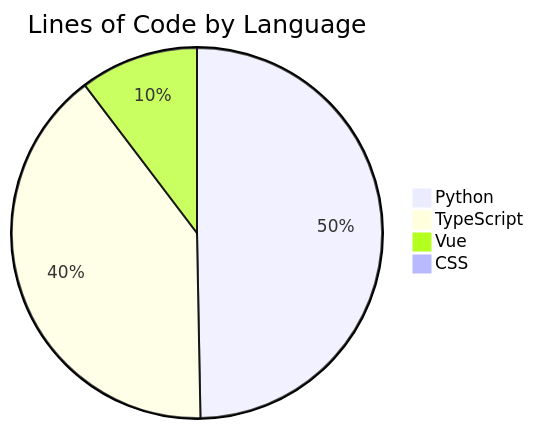
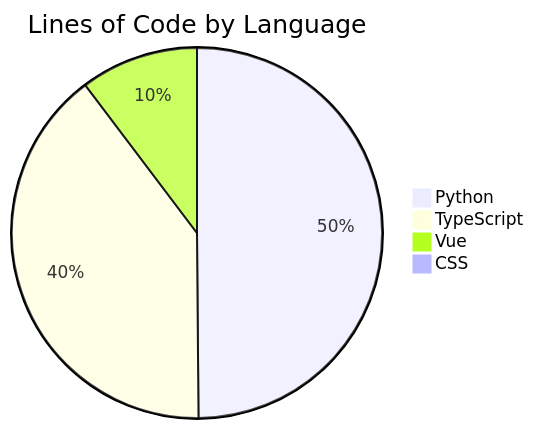
One commit to ISW-stack/AI3L-Community changed the diagram in README.md. Above: the diagram before and after it, drawn with Mermaid. The commit also changed other lines of this file and 1 other file, not shown here.

````diff
--- a/README.md
+++ b/README.md
@@ -368,7 +368,7 @@
 ```mermaid
 pie title Lines of Code by Language
-    "Python" : 115752
+    "Python" : 116526
     "TypeScript" : 93076
-    "Vue" : 24065
+    "Vue" : 24066
     "CSS" : 134
 ```
````
